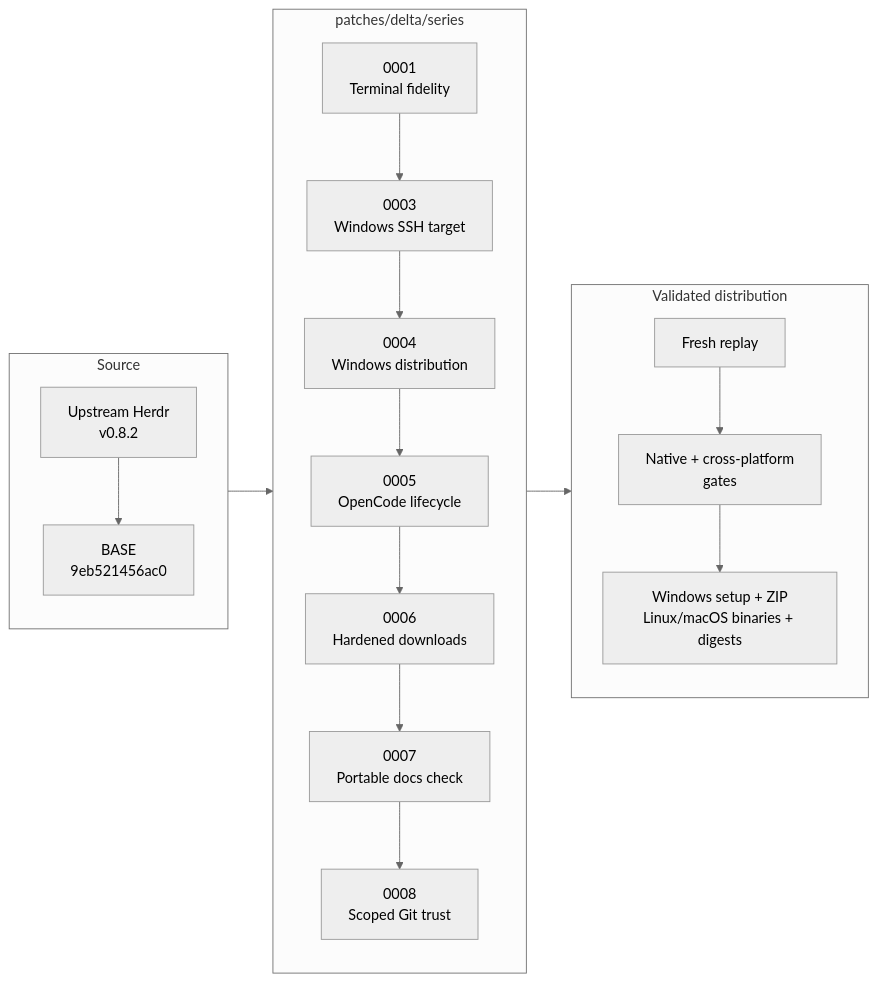
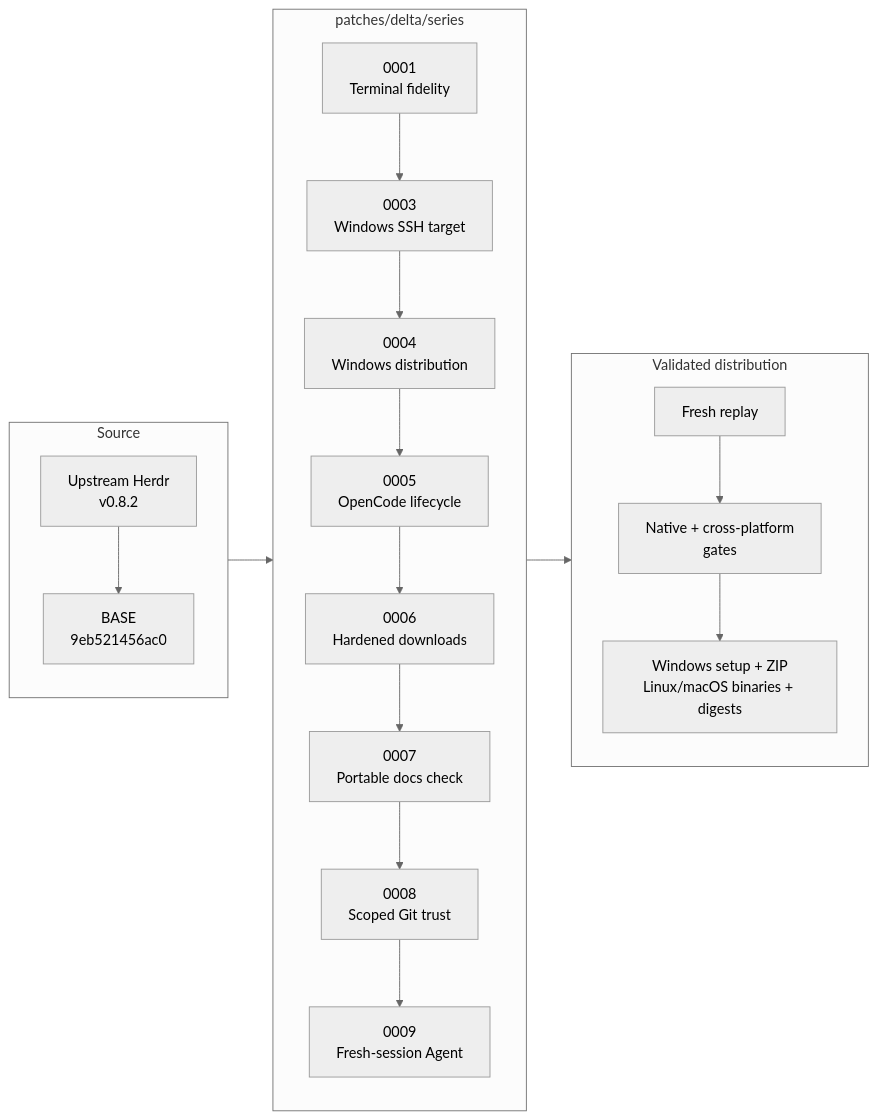
One commit to hdosys/herdr-win changed the diagram in README.md. Above: the diagram before and after it, drawn with Mermaid (neutral theme). The commit also changed other lines of this file and 13 other files, not shown here.

First line of the commit message:
feat(session): promote agent auto-start

````diff
--- a/README.md
+++ b/README.md
@@ -61,26 +62,27 @@
 ```mermaid
 flowchart LR
     subgraph S["Source"]
         direction TB
         U["Upstream Herdr<br/>v0.8.2"] --> B["BASE<br/>9eb521456ac0"]
     end
 
     subgraph Q["patches/delta/series"]
         direction TB
         P1["0001<br/>Terminal fidelity"] --> P3["0003<br/>Windows SSH target"]
         P3 --> P4["0004<br/>Windows distribution"]
         P4 --> P5["0005<br/>OpenCode lifecycle"]
         P5 --> P6["0006<br/>Hardened downloads"]
         P6 --> P7["0007<br/>Portable docs check"]
         P7 --> P8["0008<br/>Scoped Git trust"]
+        P8 --> P9["0009<br/>Fresh-session Agent"]
     end
 
     subgraph V["Validated distribution"]
         direction TB
         R["Fresh replay"] --> G["Native + cross-platform<br/>gates"]
         G --> A["Windows setup + ZIP<br/>Linux/macOS binaries + digests"]
     end
 
     B --> P1
-    P8 --> R
+    P9 --> R
 ```
````
